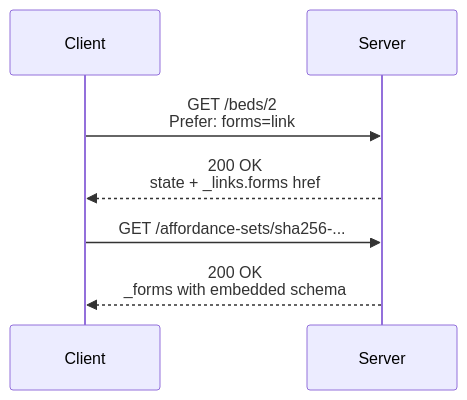
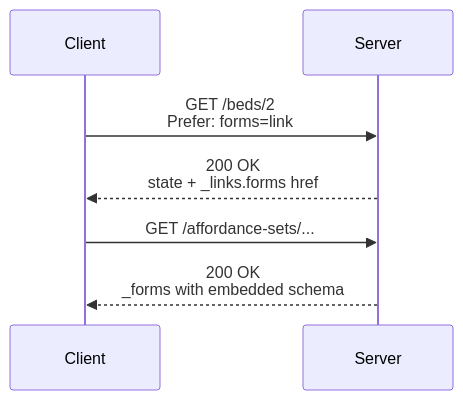
Before and after one commit to JogoShugh/heart-rise-artie: the second of 7 diagrams in spec/SPEC.md, drawn with Mermaid. The commit also changed other lines of this file and 16 other files, not shown here.

````diff
--- a/spec/SPEC.md
+++ b/spec/SPEC.md
@@ -653,11 +653,11 @@
 ```mermaid
 sequenceDiagram
     participant Client
     participant Server
 
     Client->>Server: GET /beds/2<br/>Prefer: forms=link
     Server-->>Client: 200 OK<br/>state + _links.forms href
 
-    Client->>Server: GET /affordance-sets/sha256-...
+    Client->>Server: GET /affordance-sets/...
     Server-->>Client: 200 OK<br/>_forms with embedded schema
 ```
````
